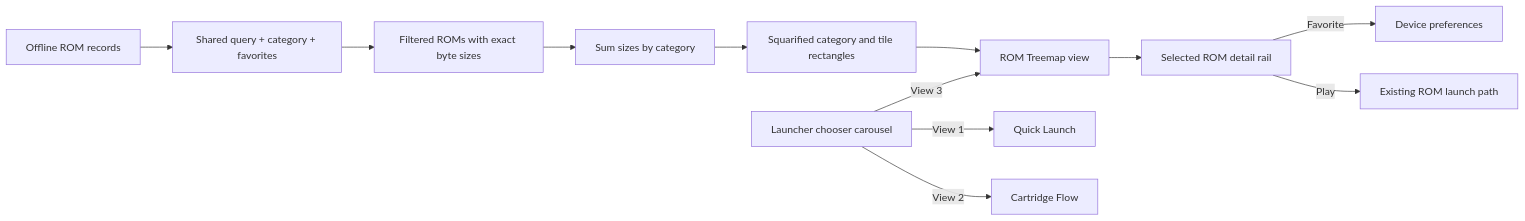
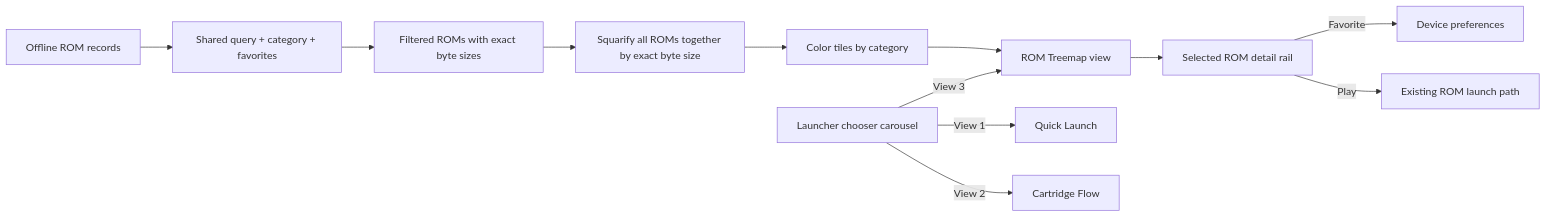
The diagram in docs/plans/2026-10-28-google-tv-rom-treemap-view.md (wbniv/bsnes-jg-player), drawn with Mermaid before and after one commit. The commit also changed other lines of this file and 12 other files, not shown here.

Commit message:
Square ROM treemap and compact phone layout

````diff
--- a/docs/plans/2026-10-28-google-tv-rom-treemap-view.md
+++ b/docs/plans/2026-10-28-google-tv-rom-treemap-view.md
@@ -31,14 +33,14 @@
 ```mermaid
 flowchart LR
   Catalog[Offline ROM records] --> Filter[Shared query + category + favorites]
   Filter --> Results[Filtered ROMs with exact byte sizes]
-  Results --> Group[Sum sizes by category]
-  Group --> Pack[Squarified category and tile rectangles]
-  Pack --> Map[ROM Treemap view]
+  Results --> Pack[Squarify all ROMs together by exact byte size]
+  Pack --> Color[Color tiles by category]
+  Color --> Map[ROM Treemap view]
   Map --> Detail[Selected ROM detail rail]
   Detail -->|Favorite| Prefs[Device preferences]
   Detail -->|Play| Loader[Existing ROM launch path]
   Views[Launcher chooser carousel] -->|View 1| Quick[Quick Launch]
   Views -->|View 2| Flow[Cartridge Flow]
   Views -->|View 3| Map
 ```
````
